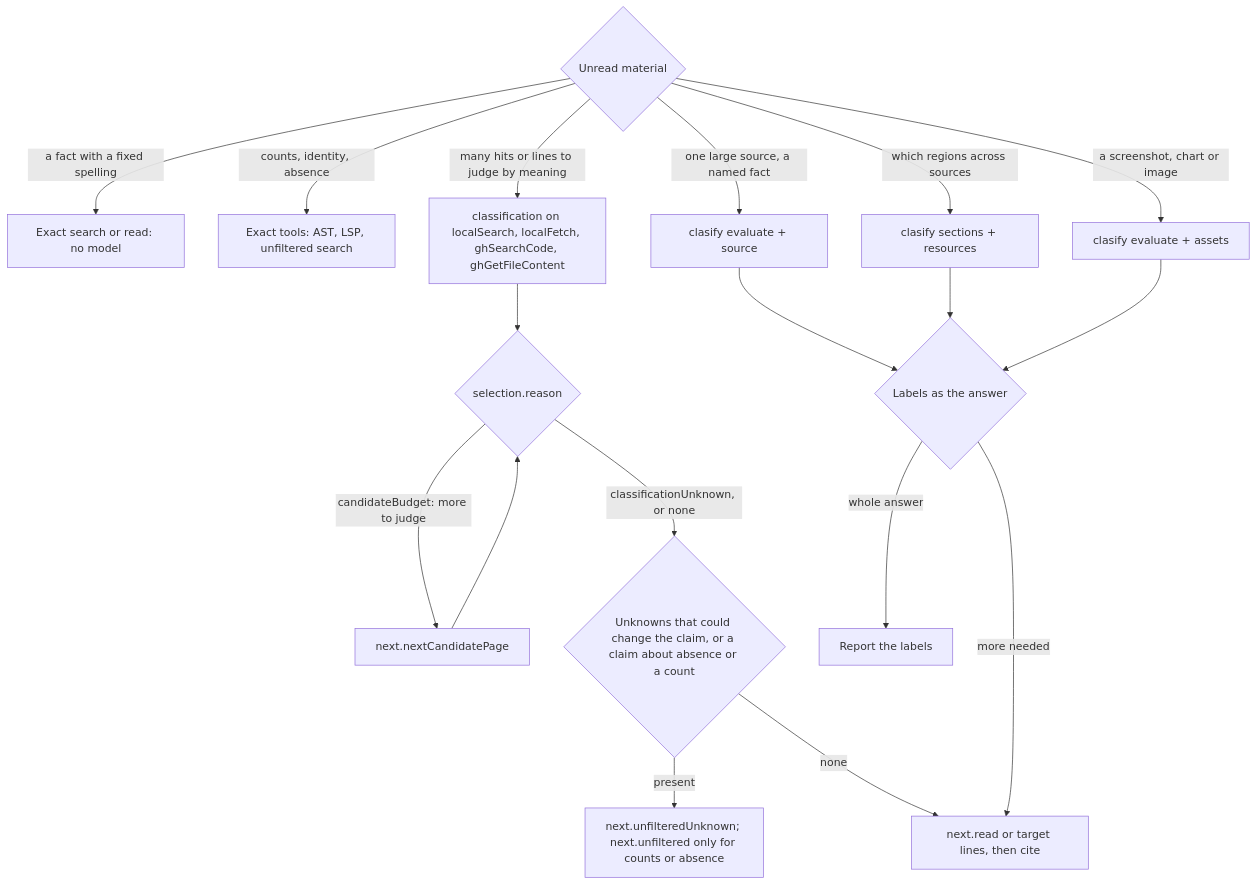
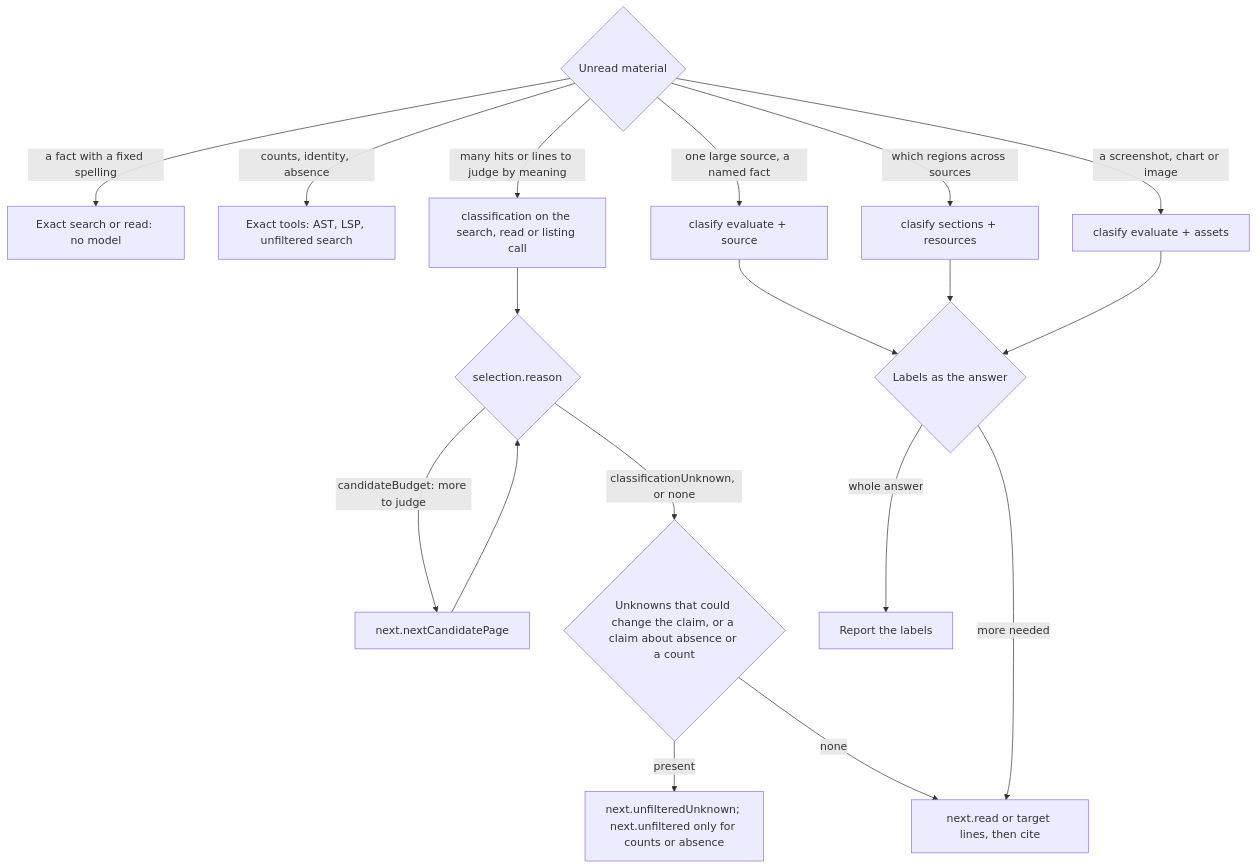
Before and after one commit to bgauryy/octocode: the third of 3 diagrams in skills/octocode-research/references/tool-flow.md, drawn with Mermaid. The commit also changed other lines of this file and 1131 other files, not shown here.

````diff
--- a/skills/octocode-research/references/tool-flow.md
+++ b/skills/octocode-research/references/tool-flow.md
@@ -118,18 +118,18 @@
 ```mermaid
 flowchart TD
   S{Unread material}
   S -- a fact with a fixed spelling --> X[Exact search or read: no model]
   S -- counts, identity, absence --> X2[Exact tools: AST, LSP, unfiltered search]
-  S -- many hits or lines to judge by meaning --> I["classification on localSearch, localFetch, ghSearchCode, ghGetFileContent"]
+  S -- many hits or lines to judge by meaning --> I["classification on the search, read or listing call"]
   S -- one large source, a named fact --> E["clasify evaluate + source"]
   S -- which regions across sources --> SE["clasify sections + resources"]
   S -- a screenshot, chart or image --> IM["clasify evaluate + assets"]
   I --> K{selection.reason}
   K -- candidateBudget: more to judge --> NC[next.nextCandidatePage] --> K
   K -- classificationUnknown, or none --> U{Unknowns that could change the claim, or a claim about absence or a count}
   U -- present --> UF[next.unfilteredUnknown; next.unfiltered only for counts or absence]
   U -- none --> R
   E & SE & IM --> LB{Labels as the answer}
   LB -- whole answer --> END[Report the labels]
   LB -- more needed --> R[next.read or target lines, then cite]
 ```
````
